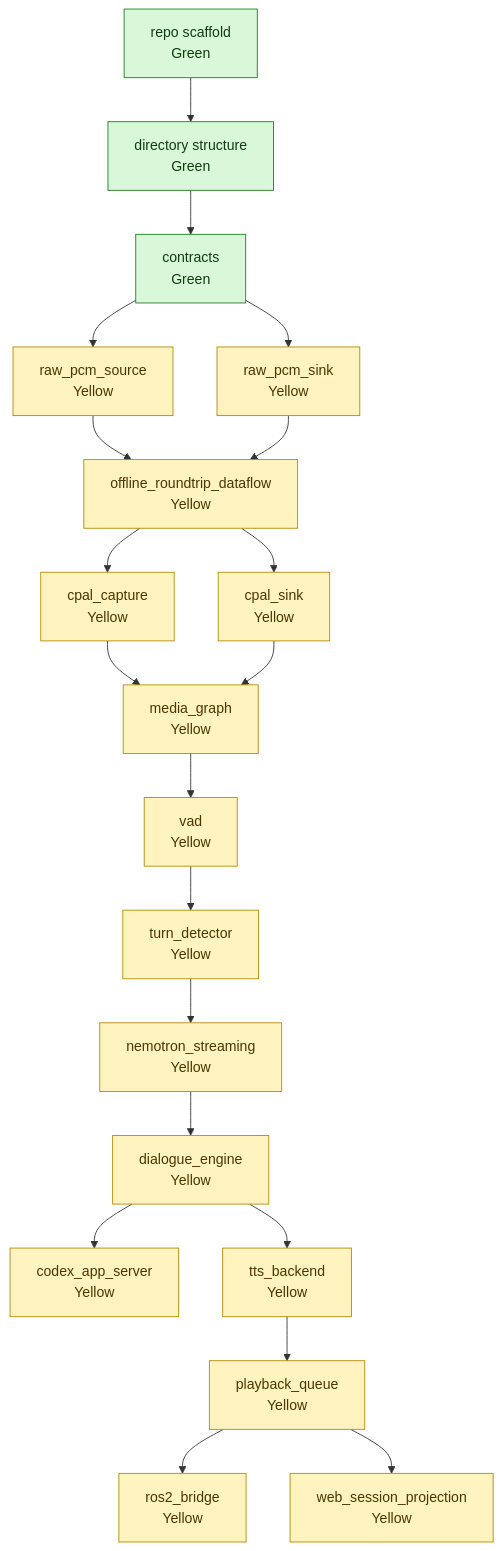
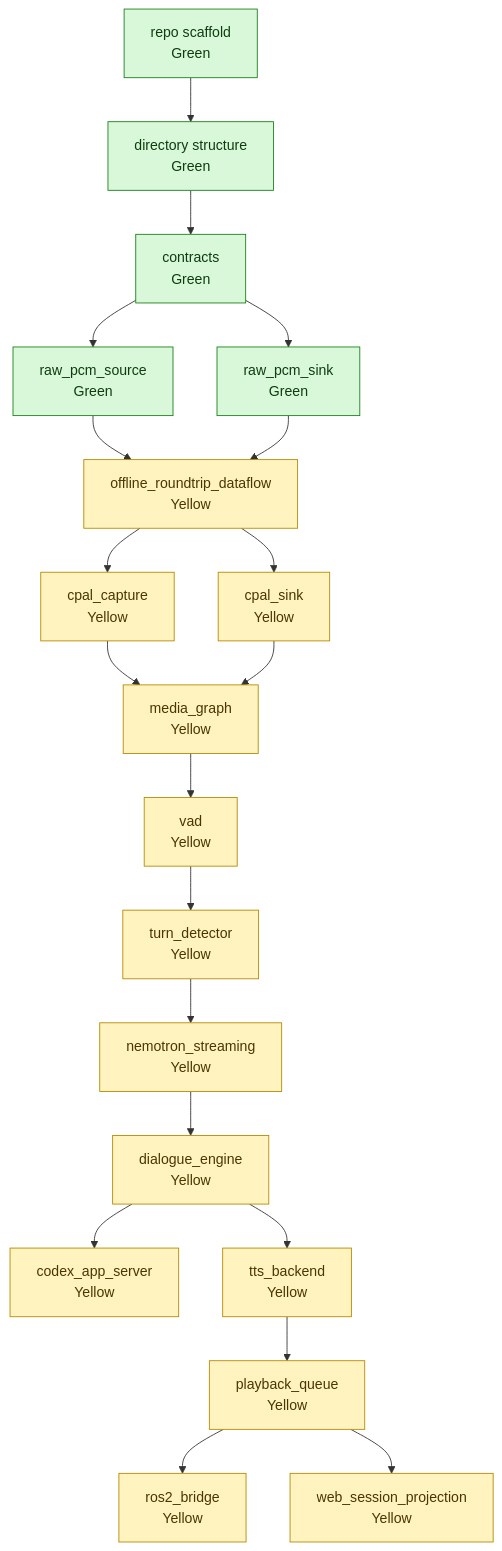
One commit to Escenda/fluent-audio changed the diagram in docs/architecture/build-plan.md. Above: the diagram before and after it, drawn with Mermaid. The commit also changed other lines of this file and 8 other files, not shown here.

Commit message:
Implement raw PCM offline IO

````diff
--- a/docs/architecture/build-plan.md
+++ b/docs/architecture/build-plan.md
@@ -15,47 +15,47 @@
 ```mermaid
 flowchart TD
     repo_scaffold["repo scaffold<br>Green"]
     directory_structure["directory structure<br>Green"]
     contracts["contracts<br>Green"]
-    raw_pcm_source["raw_pcm_source<br>Yellow"]
-    raw_pcm_sink["raw_pcm_sink<br>Yellow"]
+    raw_pcm_source["raw_pcm_source<br>Green"]
+    raw_pcm_sink["raw_pcm_sink<br>Green"]
     offline_roundtrip_dataflow["offline_roundtrip_dataflow<br>Yellow"]
     cpal_capture["cpal_capture<br>Yellow"]
     cpal_sink["cpal_sink<br>Yellow"]
     media_graph["media_graph<br>Yellow"]
     vad["vad<br>Yellow"]
     turn_detector["turn_detector<br>Yellow"]
     nemotron_streaming["nemotron_streaming<br>Yellow"]
     dialogue_engine["dialogue_engine<br>Yellow"]
     codex_app_server["codex_app_server<br>Yellow"]
     tts_backend["tts_backend<br>Yellow"]
     playback_queue["playback_queue<br>Yellow"]
     ros2_bridge["ros2_bridge<br>Yellow"]
     web_session_projection["web_session_projection<br>Yellow"]
 
     repo_scaffold --> directory_structure
     directory_structure --> contracts
     contracts --> raw_pcm_source
     contracts --> raw_pcm_sink
     raw_pcm_source --> offline_roundtrip_dataflow
     raw_pcm_sink --> offline_roundtrip_dataflow
     offline_roundtrip_dataflow --> cpal_capture
     offline_roundtrip_dataflow --> cpal_sink
     cpal_capture --> media_graph
     cpal_sink --> media_graph
     media_graph --> vad
     vad --> turn_detector
     turn_detector --> nemotron_streaming
     nemotron_streaming --> dialogue_engine
     dialogue_engine --> codex_app_server
     dialogue_engine --> tts_backend
     tts_backend --> playback_queue
     playback_queue --> ros2_bridge
     playback_queue --> web_session_projection
 
     classDef verified fill:#d9f7d9,stroke:#1b7f1b,color:#0f3d0f;
     classDef scaffold fill:#fff3bf,stroke:#b58900,color:#4a3600;
     classDef missing fill:#ffd6d6,stroke:#b00020,color:#4a0000;
-    class repo_scaffold,directory_structure,contracts verified;
-    class raw_pcm_source,raw_pcm_sink,offline_roundtrip_dataflow,cpal_capture,cpal_sink,media_graph,vad,turn_detector,nemotron_streaming,dialogue_engine,codex_app_server,tts_backend,playback_queue,ros2_bridge,web_session_projection scaffold;
+    class repo_scaffold,directory_structure,contracts,raw_pcm_source,raw_pcm_sink verified;
+    class offline_roundtrip_dataflow,cpal_capture,cpal_sink,media_graph,vad,turn_detector,nemotron_streaming,dialogue_engine,codex_app_server,tts_backend,playback_queue,ros2_bridge,web_session_projection scaffold;
 ```
````
